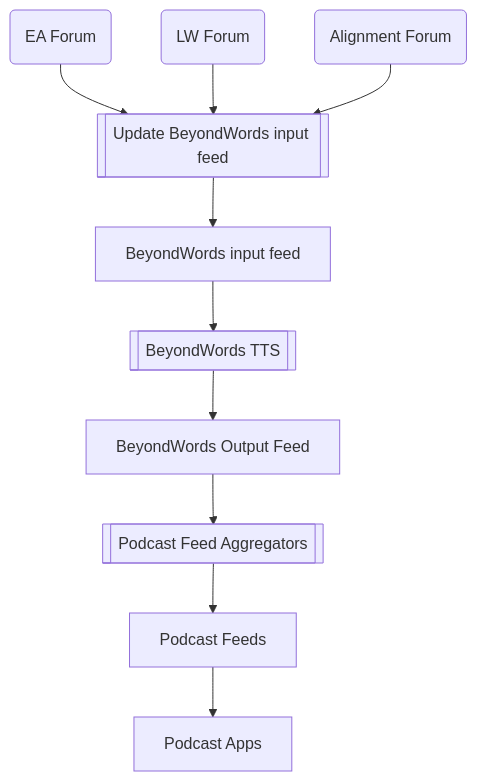
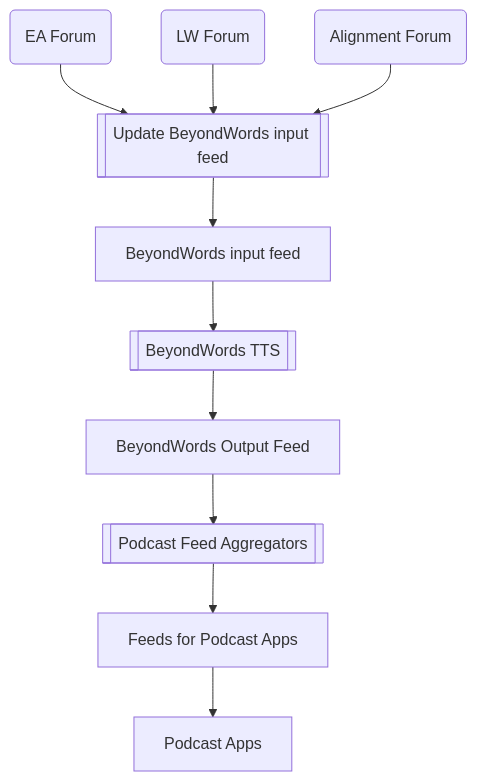
One commit to Nonlinear-EA/The-Nonlinear-Library changed the first of 2 diagrams in README.md. Above: the diagram before and after it, drawn with Mermaid. The commit also changed 9 other files, not shown here.

````diff
--- a/README.md
+++ b/README.md
@@ -20,17 +20,17 @@
 ```mermaid
 flowchart TD
     EAForum(EA Forum)
     LWForum(LW Forum)
     AFForum(Alignment Forum)
     BWFeedUpdater[[Update BeyondWords input feed]]
     EAForum --> BWFeedUpdater
     LWForum --> BWFeedUpdater
     AFForum --> BWFeedUpdater
     BWFeedUpdater --> BWFeed[BeyondWords input feed]
     BWFeed --> BW[[BeyondWords TTS]]
     BW --> BWOutputFeed[BeyondWords Output Feed]
     BWOutputFeed --> Aggregators[[Podcast Feed Aggregators]]
-    Aggregators --> PodcastFeeds[Podcast Feeds]
+    Aggregators --> PodcastFeeds[Feeds for Podcast Apps]
     PodcastFeeds --> PodcastApps[Podcast Apps]
 
 ```
````
